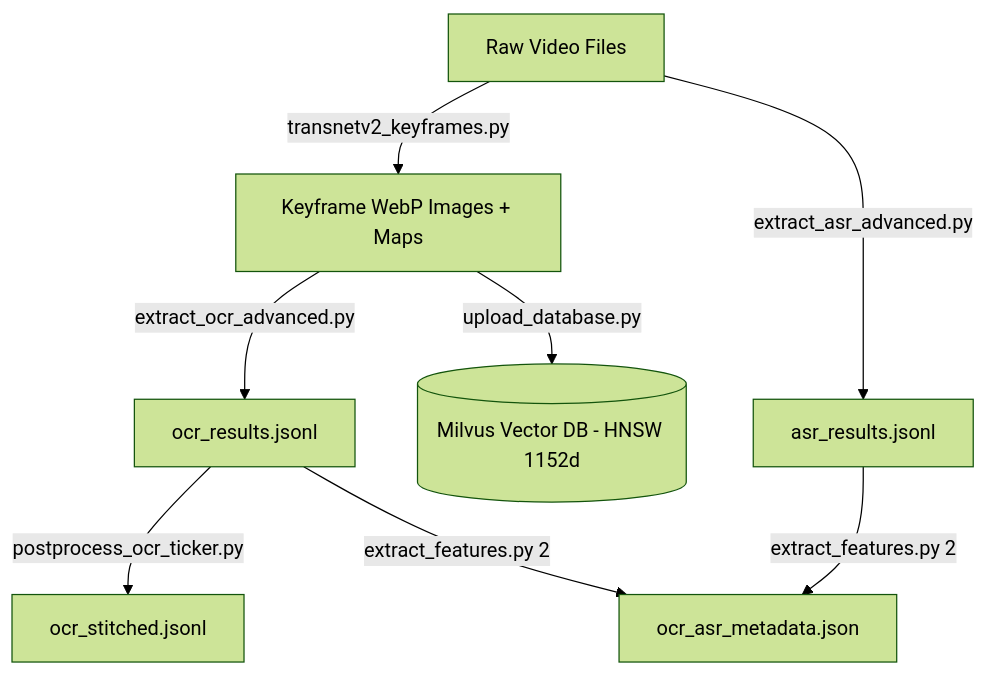
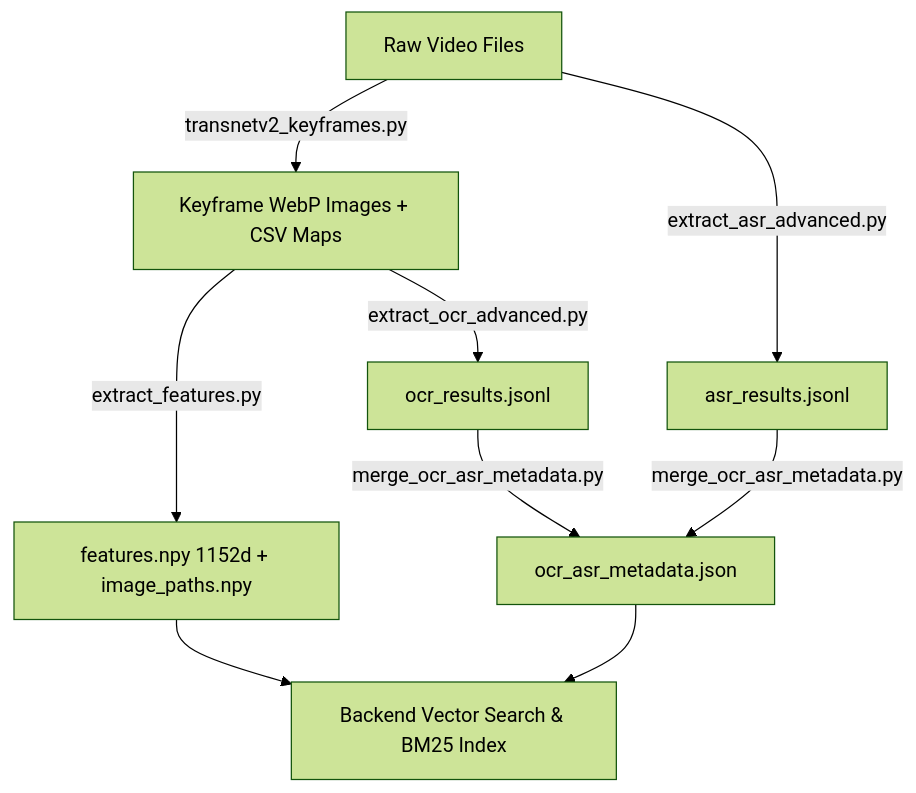
One commit to nblong07/code-c-a-Long changed the diagram in data_pipeline/README.md. Above: the diagram before and after it, drawn with Mermaid (forest theme). The commit also changed other lines of this file and 45 other files, not shown here.

````diff
--- a/data_pipeline/README.md
+++ b/data_pipeline/README.md
@@ -9,9 +9,9 @@
 ```mermaid
 graph TD
-    A[Raw Video Files] -->|transnetv2_keyframes.py| B[Keyframe WebP Images + Maps]
+    A[Raw Video Files] -->|transnetv2_keyframes.py| B[Keyframe WebP Images + CSV Maps]
+    B -->|extract_features.py| Feat[features.npy 1152d + image_paths.npy]
     B -->|extract_ocr_advanced.py| C[ocr_results.jsonl]
-    C -->|postprocess_ocr_ticker.py| C2[ocr_stitched.jsonl]
     A -->|extract_asr_advanced.py| D[asr_results.jsonl]
-    C & D -->|extract_features.py 2| E[ocr_asr_metadata.json]
-    B -->|upload_database.py| F[(Milvus Vector DB - HNSW 1152d)]
+    C & D -->|merge_ocr_asr_metadata.py| E[ocr_asr_metadata.json]
+    Feat & E --> F[Backend Vector Search & BM25 Index]
 ```
````
